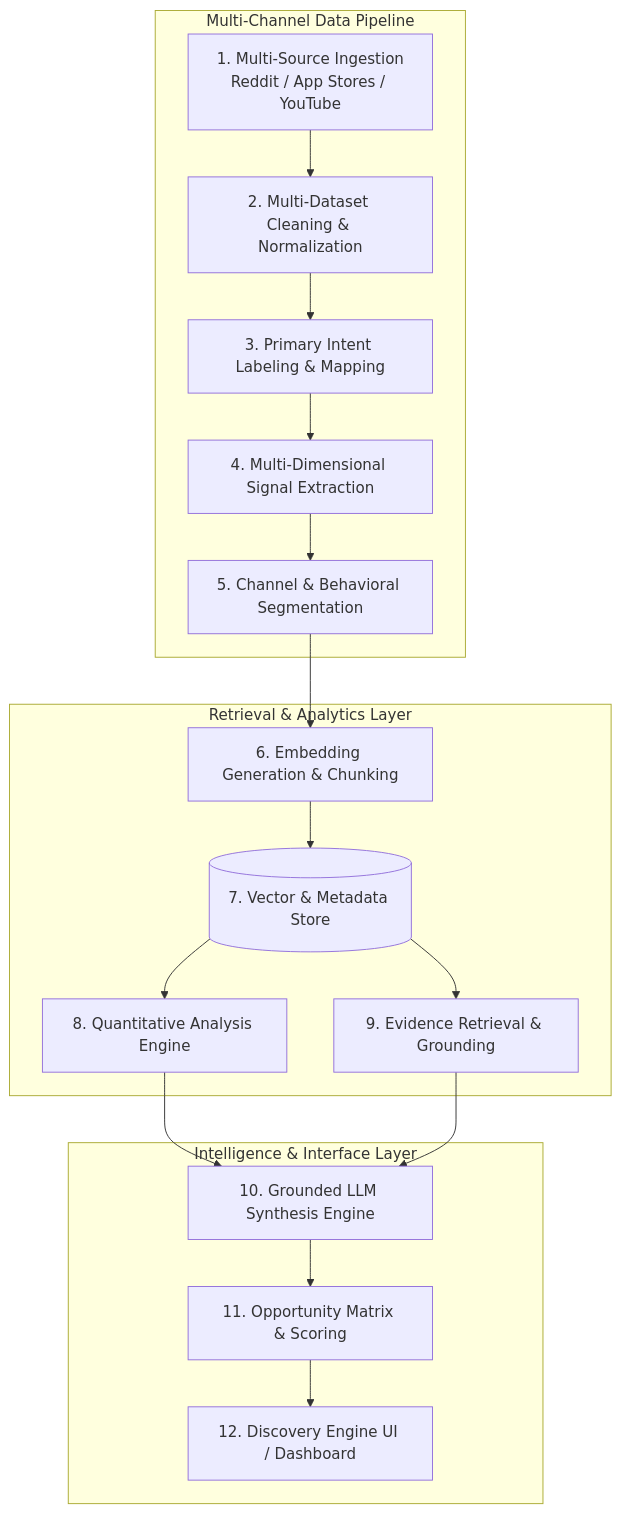
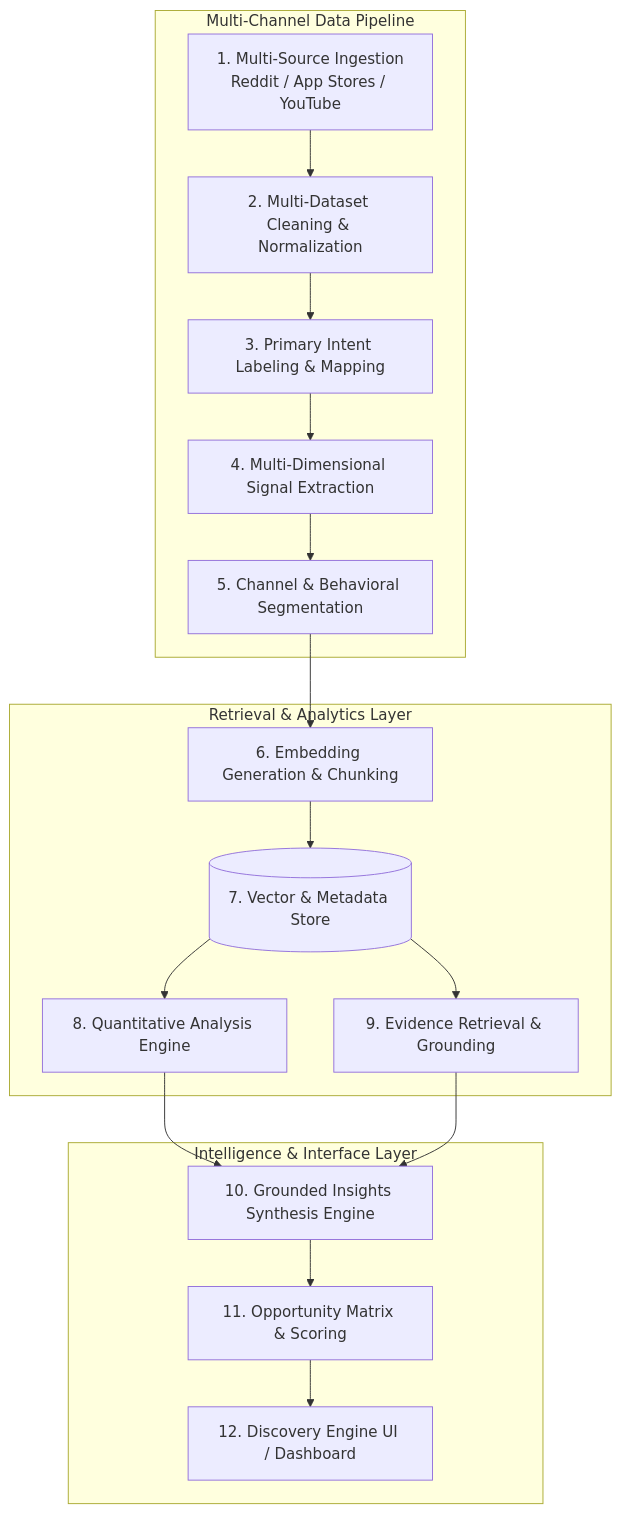
One commit to pallavi7693-sudo/myntra-ai-discovery-engine changed the first of 3 diagrams in docs/architecture.md. Above: the diagram before and after it, drawn with Mermaid. The commit also changed other lines of this file and 6 other files, not shown here.

Commit message:
Update UI subtext to AI-Powered Discovery of Wishlist-to-Purchase Friction and sync synthesis engine

````diff
--- a/docs/architecture.md
+++ b/docs/architecture.md
@@ -29,22 +29,22 @@
 ```mermaid
 flowchart TD
     subgraph Multi-Channel Data Pipeline
         M1[1. Multi-Source Ingestion<br/>Reddit / App Stores / YouTube] --> M2[2. Multi-Dataset Cleaning & Normalization]
         M2 --> M3[3. Primary Intent Labeling & Mapping]
         M3 --> M4[4. Multi-Dimensional Signal Extraction]
         M4 --> M5[5. Channel & Behavioral Segmentation]
     end
 
     subgraph Retrieval & Analytics Layer
         M5 --> M6[6. Embedding Generation & Chunking]
         M6 --> M7[(7. Vector & Metadata Store)]
         M7 --> M8[8. Quantitative Analysis Engine]
         M7 --> M9[9. Evidence Retrieval & Grounding]
     end
 
     subgraph Intelligence & Interface Layer
-        M8 & M9 --> M10[10. Grounded LLM Synthesis Engine]
+        M8 & M9 --> M10[10. Grounded Insights Synthesis Engine]
         M10 --> M11[11. Opportunity Matrix & Scoring]
         M11 --> M12[12. Discovery Engine UI / Dashboard]
     end
 ```
````
